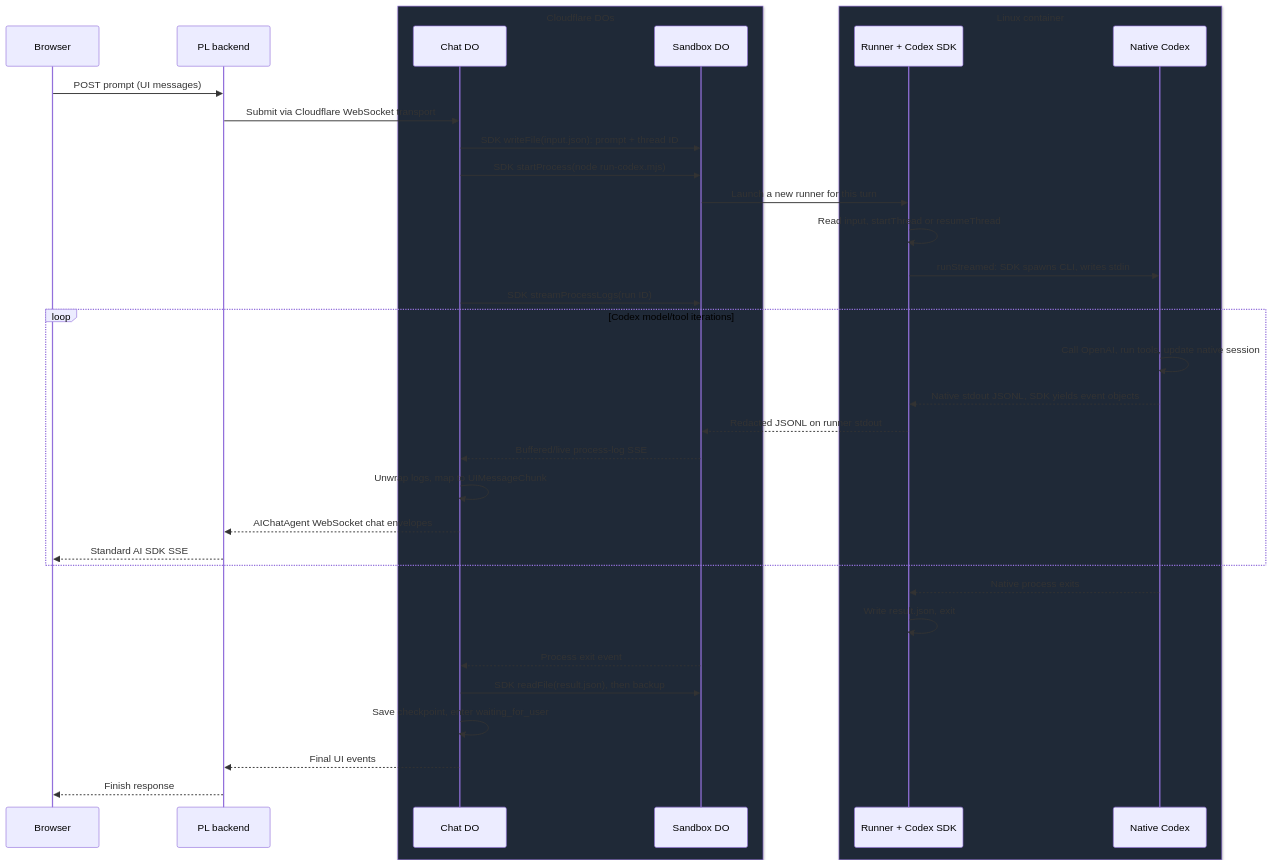
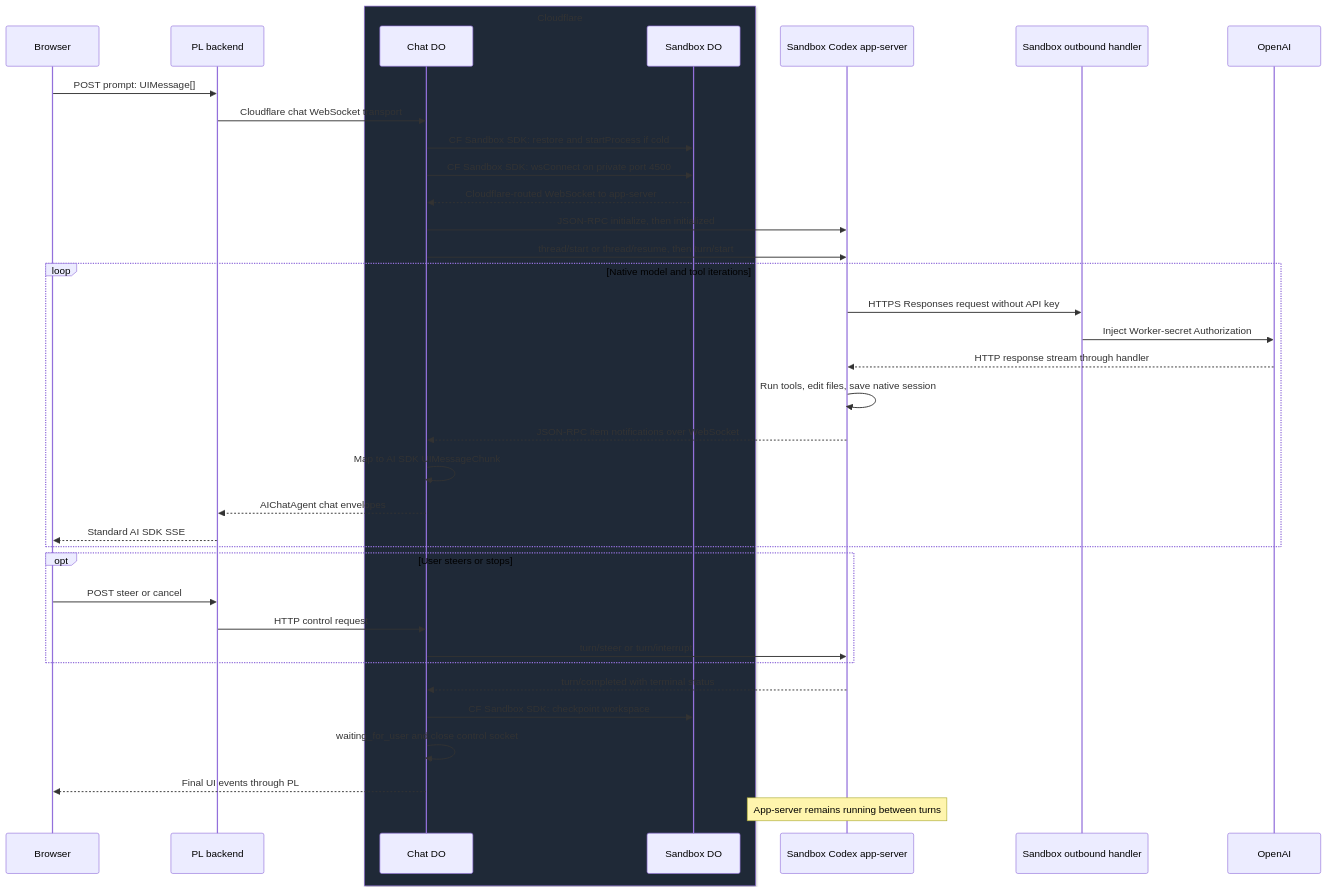
The second of 3 diagrams in docs/architecture.md (miguelaenlle/cloudflare-agents-sdk-test), drawn with Mermaid before and after one commit. The commit also changed other lines of this file and 32 other files, not shown here.

Commit message:
Use persistent Codex app-server with steering and isolated credentials

````diff
--- a/docs/architecture.md
+++ b/docs/architecture.md
@@ -83,40 +72,40 @@
 ```mermaid
 sequenceDiagram
     participant UI as Browser
     participant PL as PL backend
-    box rgb(31,41,55) Cloudflare DOs
+    box rgb(31,41,55) Cloudflare
         participant Chat as Chat DO
         participant Sandbox as Sandbox DO
     end
-    box rgb(31,41,55) Linux container
-        participant Runner as Runner + Codex SDK
-        participant Codex as Native Codex
-    end
+    participant Codex as Sandbox Codex app-server
+    participant Auth as Sandbox outbound handler
+    participant Model as OpenAI
 
-    UI->>PL: POST prompt (UI messages)
-    PL->>Chat: Submit via Cloudflare WebSocket transport
-    Chat->>Sandbox: SDK writeFile(input.json): prompt + thread ID
-    Chat->>Sandbox: SDK startProcess(node run-codex.mjs)
-    Sandbox->>Runner: Launch a new runner for this turn
-    Runner->>Runner: Read input, startThread or resumeThread
-    Runner->>Codex: runStreamed: SDK spawns CLI, writes stdin
-    Chat->>Sandbox: SDK streamProcessLogs(run ID)
-
-    loop Codex model/tool iterations
-        Codex->>Codex: Call OpenAI, run tools, update native session
-        Codex-->>Runner: Native stdout JSONL, SDK yields event objects
-        Runner-->>Sandbox: Redacted JSONL on runner stdout
-        Sandbox-->>Chat: Buffered/live process-log SSE
-        Chat->>Chat: Unwrap logs, map to UIMessageChunk
-        Chat-->>PL: AIChatAgent WebSocket chat envelopes
+    UI->>PL: POST prompt: UIMessage[]
+    PL->>Chat: Cloudflare chat WebSocket transport
+    Chat->>Sandbox: CF Sandbox SDK: restore and startProcess if cold
+    Chat->>Sandbox: CF Sandbox SDK: wsConnect on private port 4500
+    Sandbox-->>Chat: Cloudflare-routed WebSocket to app-server
+    Chat->>Codex: JSON-RPC initialize, then initialized
+    Chat->>Codex: thread/start or thread/resume, then turn/start
+    loop Native model and tool iterations
+        Codex->>Auth: HTTPS Responses request without API key
+        Auth->>Model: Inject Worker-secret Authorization
+        Model-->>Codex: HTTP response stream through handler
+        Codex->>Codex: Run tools, edit files, save native session
+        Codex-->>Chat: JSON-RPC item notifications over WebSocket
+        Chat->>Chat: Map to AI SDK UIMessageChunk
+        Chat-->>PL: AIChatAgent chat envelopes
         PL-->>UI: Standard AI SDK SSE
     end
-
-    Codex-->>Runner: Native process exits
-    Runner->>Runner: Write result.json, exit
-    Sandbox-->>Chat: Process exit event
-    Chat->>Sandbox: SDK readFile(result.json), then backup
-    Chat->>Chat: Save checkpoint, enter waiting_for_user
-    Chat-->>PL: Final UI events
-    PL-->>UI: Finish response
+    opt User steers or stops
+        UI->>PL: POST steer or cancel
+        PL->>Chat: HTTP control request
+        Chat->>Codex: turn/steer or turn/interrupt
+    end
+    Codex-->>Chat: turn/completed with terminal status
+    Chat->>Sandbox: CF Sandbox SDK: checkpoint workspace
+    Chat->>Chat: waiting_for_user and close control socket
+    Chat-->>UI: Final UI events through PL
+    Note over Codex: App-server remains running between turns
 ```
````
